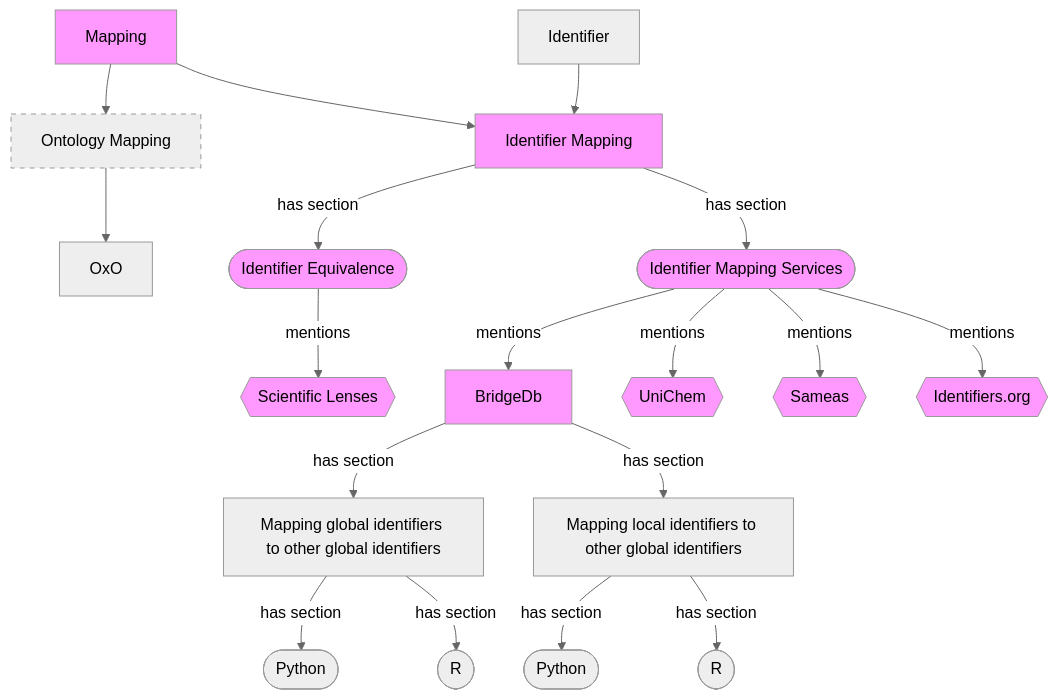
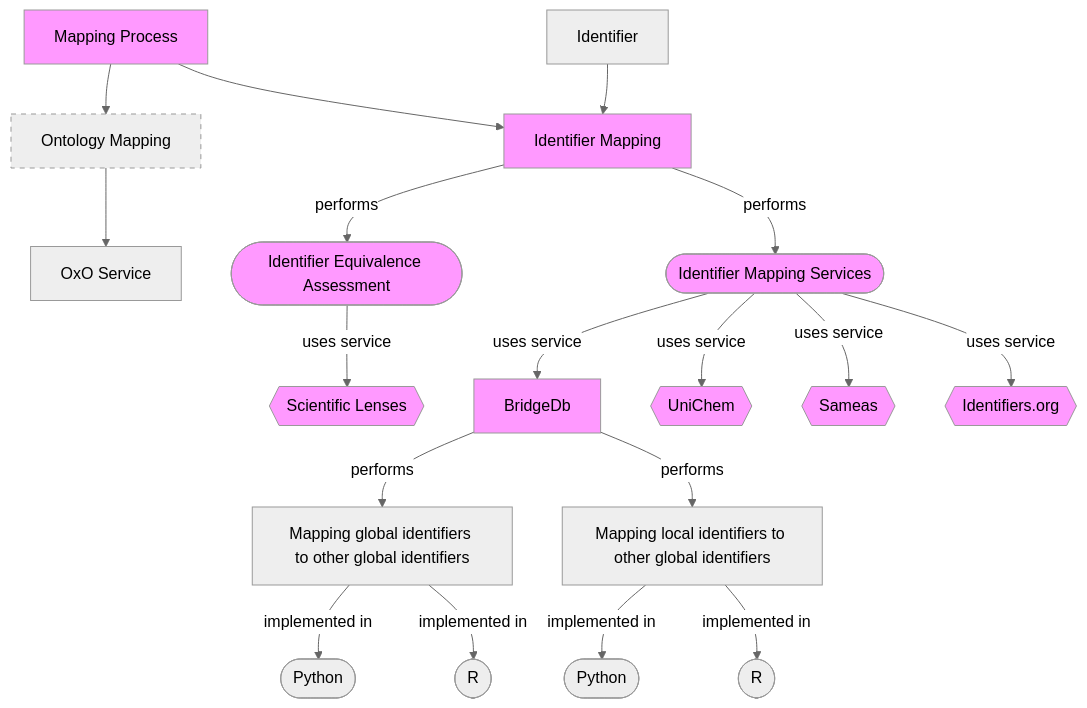
One commit to FAIRplus/the-fair-cookbook changed the diagram in docs/content/recipes/interoperability/identifier-mapping.md. Above: the diagram before and after it, drawn with Mermaid (neutral theme). The commit also changed other lines of this file, not shown here.

Commit message:
Added some of Egon's corrections

````diff
--- a/docs/content/recipes/interoperability/identifier-mapping.md
+++ b/docs/content/recipes/interoperability/identifier-mapping.md
@@ -85,45 +85,45 @@
 ```mermaid
     graph TB
       I[Identifier]
       I --> IM[Identifier Mapping]
-      M[Mapping] --> OM[Ontology Mapping]
-      OM --> OxO
+      M[Mapping Process] --> OM[Ontology Mapping]
+      OM --> OxO[OxO Service]
 
       M --> IM
 
-      IM -- has section --> IMS
+      IM -- performs --> IMS
 
-      IM -- has section--> IE([Identifier Equivalence])
-      IE -- mentions--> SL{{Scientific Lenses}}
+      IM -- performs--> IE([Identifier Equivalence Assessment])
+      IE -- uses service--> SL{{Scientific Lenses}}
 
       IMS([Identifier Mapping Services])
-      IMS -- mentions --> BDb[BridgeDb]
-      IMS -- mentions --> UniChem{{UniChem}}
-      IMS -- mentions --> Sameas{{Sameas}}
-      IMS -- mentions --> Identifiers{{Identifiers.org}}
+      IMS -- uses service --> BDb[BridgeDb]
+      IMS -- uses service --> UniChem{{UniChem}}
+      IMS -- uses service --> Sameas{{Sameas}}
+      IMS -- uses service --> Identifiers{{Identifiers.org}}
 
-      BDb -- has section --> MGG[Mapping global identifiers to other global identifiers]
-      BDb -- has section --> MLG[Mapping local identifiers to other global identifiers]
+      BDb -- performs --> MGG[Mapping global identifiers to other global identifiers]
+      BDb -- performs --> MLG[Mapping local identifiers to other global identifiers]
 
-      MGG -- has section --> P1([Python])
-      MGG -- has section --> R1([R])
-      MLG -- has section --> P2([Python])
-      MLG -- has section --> R2([R])
-
+      MGG -- implemented in --> P1([Python])
+      MGG -- implemented in --> R1([R])
+      MLG -- implemented in --> P2([Python])
+      MLG -- implemented in --> R2([R])
+      
         style OM stroke-dasharray: 5 5
         %% style M stroke-dasharray: 5 5
 
        classDef select fill:#f9f;
        class IM select;
        class IMS select;
        class BDb select;
        class UniChem select;
        class Sameas select;
        class Identifiers select;
        class M select;
        class IE select;
        class SL select;
       %% style IM fill:#f9f
       %% style I fill:#f9f
       %% style OxO fill:#f9f
 ```
````
